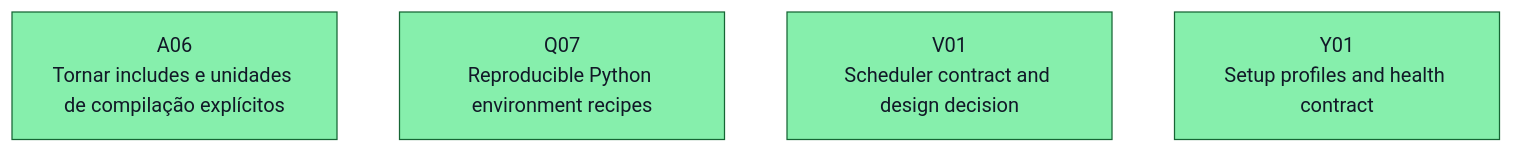
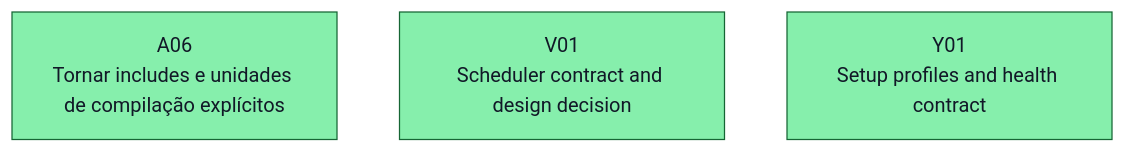
Before and after one commit to ocarizr/spaceraiders: the first of 25 diagrams in docs/task-dependencies.md, drawn with Mermaid. The commit also changed other lines of this file and 9 other files, not shown here.

First line of the commit message:
build(Q07): add reproducible environment recipes and health checks (#20)

````diff
--- a/docs/task-dependencies.md
+++ b/docs/task-dependencies.md
@@ -24,10 +24,9 @@
 ```mermaid
 flowchart TD
     ready_A06["A06<br/>Tornar includes e unidades de compilação explícitos"]:::ready
-    ready_Q07["Q07<br/>Reproducible Python environment recipes"]:::ready
     ready_V01["V01<br/>Scheduler contract and design decision"]:::ready
     ready_Y01["Y01<br/>Setup profiles and health contract"]:::ready
     classDef pending fill:#ffffff,stroke:#6b7280,color:#111827
     classDef ready fill:#86efac,stroke:#166534,color:#111827
     classDef done fill:#f87171,stroke:#991b1b,color:#111827
 ```
````
